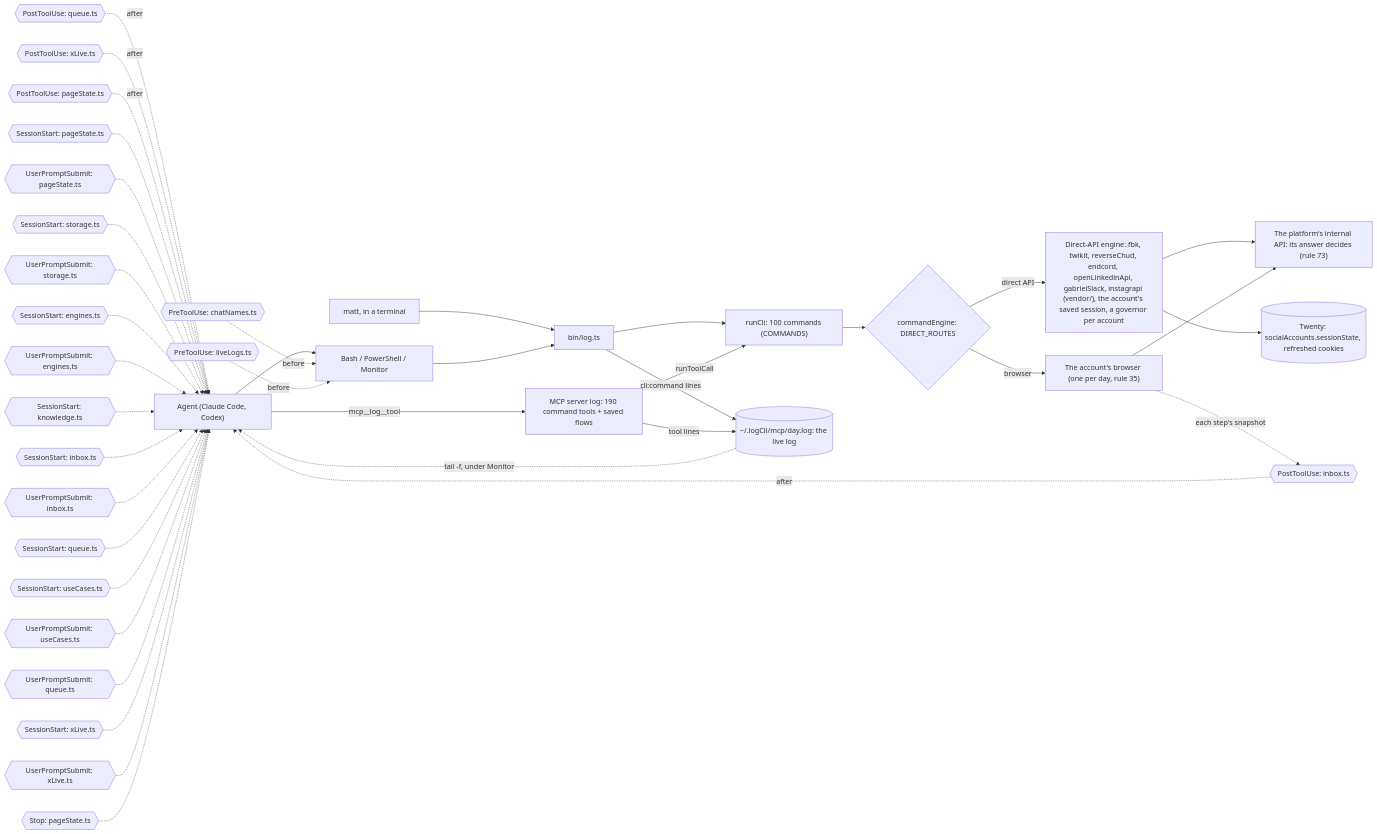
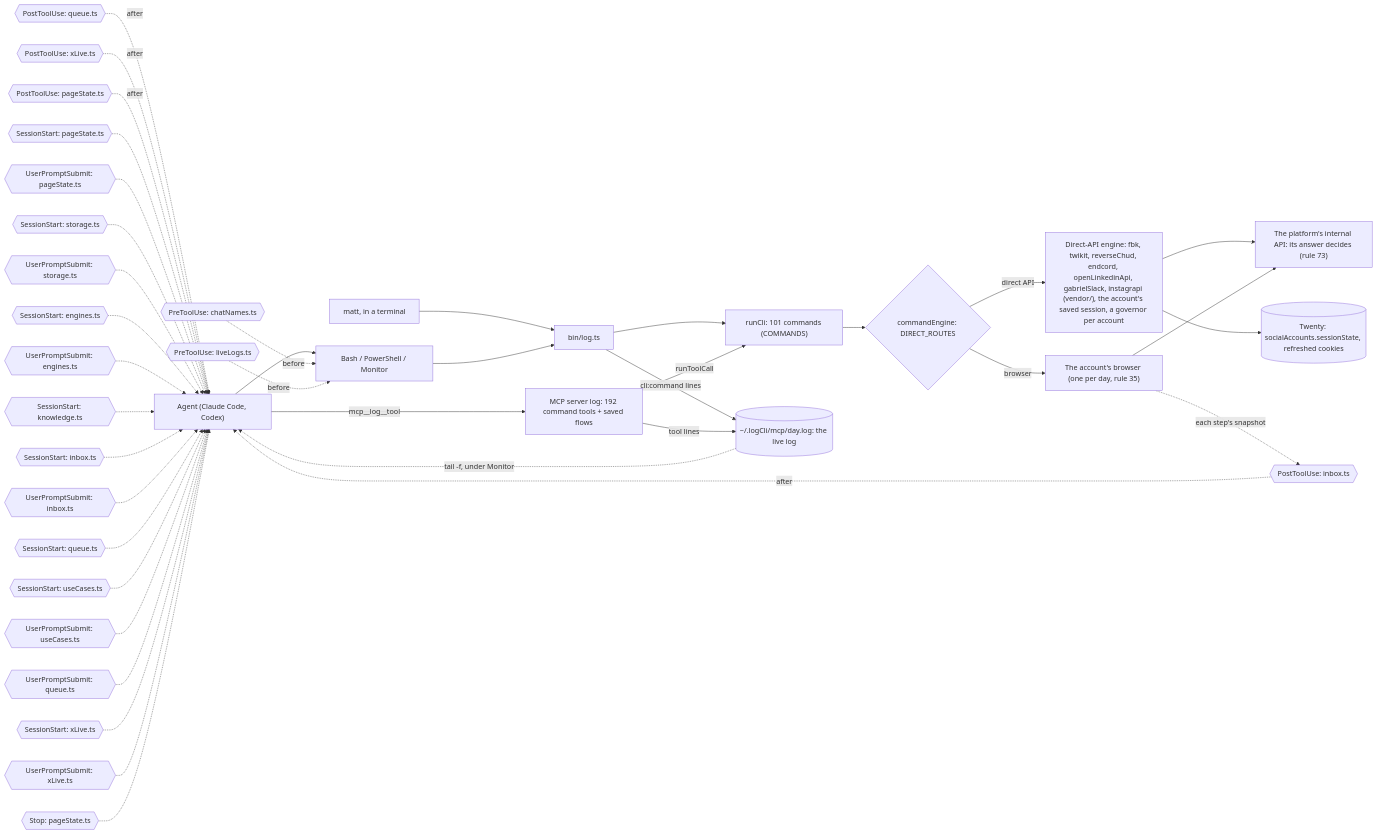
The diagram in docs/diagrams/surface.mmd (matthewdonsemail-lab/log), drawn with Mermaid before and after one commit. The commit also changed 70 other files, not shown here.

```diff
--- a/docs/diagrams/surface.mmd
+++ b/docs/diagrams/surface.mmd
@@ -1,53 +1,53 @@
 %% How a call reaches log-cli. From a shell or over MCP, both run the same commands through `runCli`, write the same live log, and pass through the same hooks. `commandEngine` sends each command to the platform's direct API or to the account's browser.
 %% Written by `bun run docs:build` from the code (rule 56). Not edited by hand.
 flowchart LR
   agent["Agent (Claude Code, Codex)"]
   matt["matt, in a terminal"]
   shell["Bash / PowerShell / Monitor"]
-  mcp["MCP server log: 190 command tools + saved flows"]
+  mcp["MCP server log: 192 command tools + saved flows"]
   bin["bin/log.ts"]
-  runCli["runCli: 100 commands (COMMANDS)"]
+  runCli["runCli: 101 commands (COMMANDS)"]
   live[("~/.logCli/mcp/day.log: the live log")]
   engine{"commandEngine: DIRECT_ROUTES"}
   direct["Direct-API engine: fbk, twikit, reverseChud, endcord, openLinkedinApi, gabrielSlack, instagrapi (vendor/), the account's saved session, a governor per account"]
   browser["The account's browser (one per day, rule 35)"]
   api["The platform's internal API: its answer decides (rule 73)"]
   twenty[("Twenty: socialAccounts.sessionState, refreshed cookies")]
   agent --> shell
   matt --> bin
   shell --> bin
   agent -->|mcp__log__tool| mcp
   bin --> runCli
   mcp -->|runToolCall| runCli
   runCli --> engine
   engine -->|direct API| direct
   engine -->|browser| browser
   direct --> api
   browser --> api
   direct --> twenty
   bin -->|cli:command lines| live
   mcp -->|tool lines| live
   live -.->|tail -f, under Monitor| agent
   pre0{{"PreToolUse: chatNames.ts"}} -.->|before| shell
   pre1{{"PreToolUse: liveLogs.ts"}} -.->|before| shell
   post0{{"PostToolUse: inbox.ts"}} -.->|after| agent
   post1{{"PostToolUse: queue.ts"}} -.->|after| agent
   post2{{"PostToolUse: xLive.ts"}} -.->|after| agent
   post3{{"PostToolUse: pageState.ts"}} -.->|after| agent
   turn0{{"SessionStart: pageState.ts"}} -.-> agent
   turn1{{"UserPromptSubmit: pageState.ts"}} -.-> agent
   turn2{{"SessionStart: storage.ts"}} -.-> agent
   turn3{{"UserPromptSubmit: storage.ts"}} -.-> agent
   turn4{{"SessionStart: engines.ts"}} -.-> agent
   turn5{{"UserPromptSubmit: engines.ts"}} -.-> agent
   turn6{{"SessionStart: knowledge.ts"}} -.-> agent
   turn7{{"SessionStart: inbox.ts"}} -.-> agent
   turn8{{"UserPromptSubmit: inbox.ts"}} -.-> agent
   turn9{{"SessionStart: queue.ts"}} -.-> agent
   turn10{{"SessionStart: useCases.ts"}} -.-> agent
   turn11{{"UserPromptSubmit: useCases.ts"}} -.-> agent
   turn12{{"UserPromptSubmit: queue.ts"}} -.-> agent
   turn13{{"SessionStart: xLive.ts"}} -.-> agent
   turn14{{"UserPromptSubmit: xLive.ts"}} -.-> agent
   turn15{{"Stop: pageState.ts"}} -.-> agent
   browser -.->|each step's snapshot| post0
```
